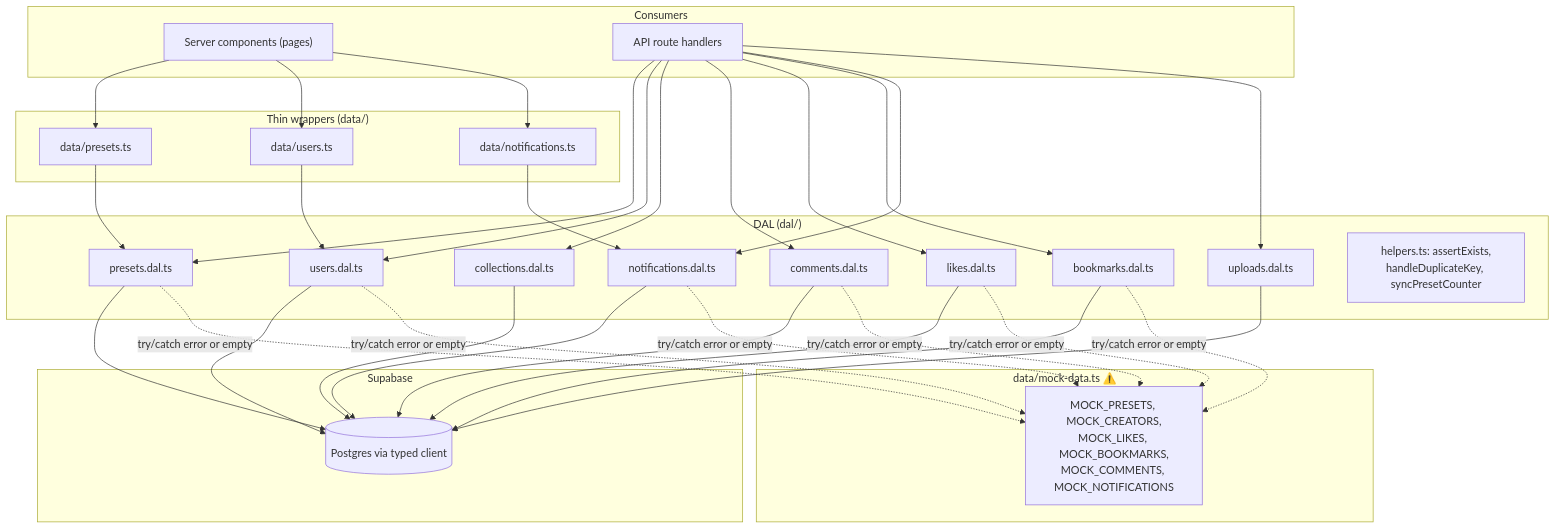
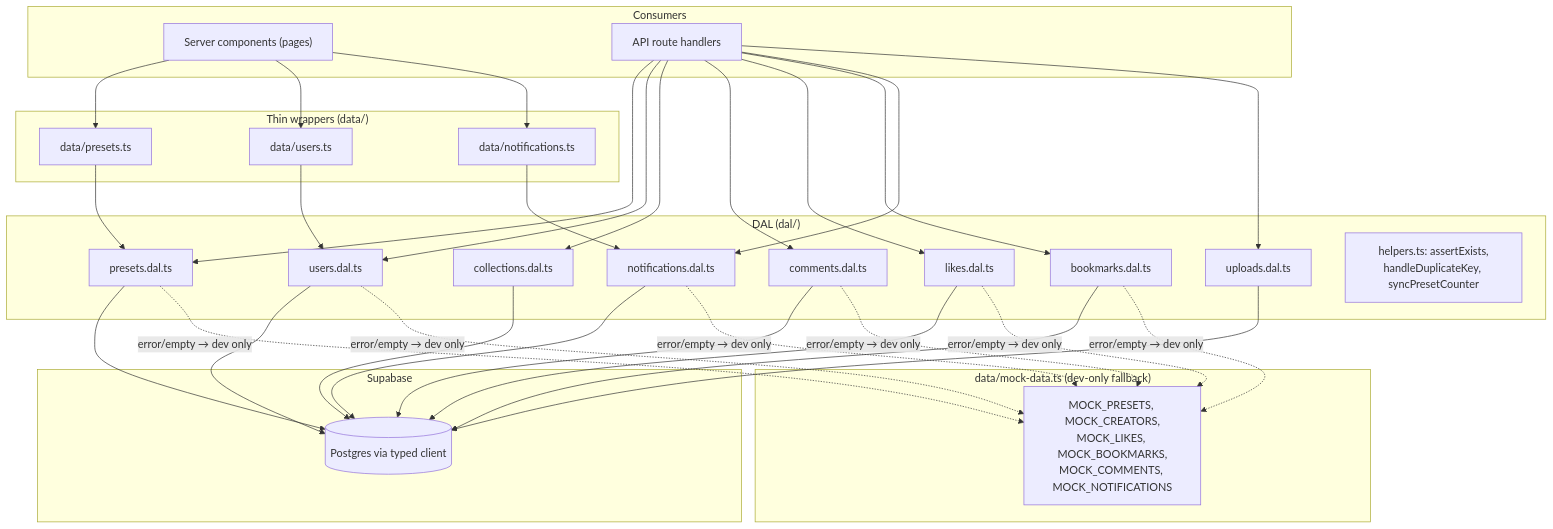
Before and after one commit to anonimBRO-design/AMHUB: the ninth of 16 diagrams in ARCHITECTURE.md, drawn with Mermaid. The commit also changed other lines of this file and 9 other files, not shown here.

First line of the commit message:
fix(dal): env-gate mock fallback so production never serves fake data

````diff
--- a/ARCHITECTURE.md
+++ b/ARCHITECTURE.md
@@ -350,58 +350,58 @@
 ```mermaid
 flowchart TD
     subgraph consumers["Consumers"]
         PAGES["Server components (pages)"]
         ROUTES["API route handlers"]
     end
     subgraph wrappers["Thin wrappers (data/)"]
         DP["data/presets.ts"]
         DU["data/users.ts"]
         DN["data/notifications.ts"]
     end
     subgraph dal["DAL (dal/)"]
         DPRESET["presets.dal.ts"]
         DUSER["users.dal.ts"]
         DCOL["collections.dal.ts"]
         DCOM["comments.dal.ts"]
         DLIKE["likes.dal.ts"]
         DBOK["bookmarks.dal.ts"]
         DNOTIF["notifications.dal.ts"]
         DUPL["uploads.dal.ts"]
         DHELP["helpers.ts: assertExists,<br/>handleDuplicateKey, syncPresetCounter"]
     end
-    subgraph mock["data/mock-data.ts ⚠️"]
+    subgraph mock["data/mock-data.ts (dev-only fallback)"]
         M["MOCK_PRESETS, MOCK_CREATORS,<br/>MOCK_LIKES, MOCK_BOOKMARKS,<br/>MOCK_COMMENTS, MOCK_NOTIFICATIONS"]
     end
     subgraph db["Supabase"]
         DB[("Postgres via typed client")]
     end
 
     PAGES --> DP
     PAGES --> DU
     PAGES --> DN
     ROUTES --> DPRESET
     ROUTES --> DUSER
     ROUTES --> DCOL
     ROUTES --> DCOM
     ROUTES --> DLIKE
     ROUTES --> DBOK
     ROUTES --> DNOTIF
     ROUTES --> DUPL
     DP --> DPRESET
     DU --> DUSER
     DN --> DNOTIF
     DPRESET --> DB
     DUSER --> DB
     DCOL --> DB
     DCOM --> DB
     DLIKE --> DB
     DBOK --> DB
     DNOTIF --> DB
     DUPL --> DB
-    DPRESET -.->|try/catch error or empty| M
-    DUSER -.->|try/catch error or empty| M
-    DCOM -.->|try/catch error or empty| M
-    DLIKE -.->|try/catch error or empty| M
-    DBOK -.->|try/catch error or empty| M
-    DNOTIF -.->|try/catch error or empty| M
+    DPRESET -.->|error/empty → dev only| M
+    DUSER -.->|error/empty → dev only| M
+    DCOM -.->|error/empty → dev only| M
+    DLIKE -.->|error/empty → dev only| M
+    DBOK -.->|error/empty → dev only| M
+    DNOTIF -.->|error/empty → dev only| M
 ```
````
